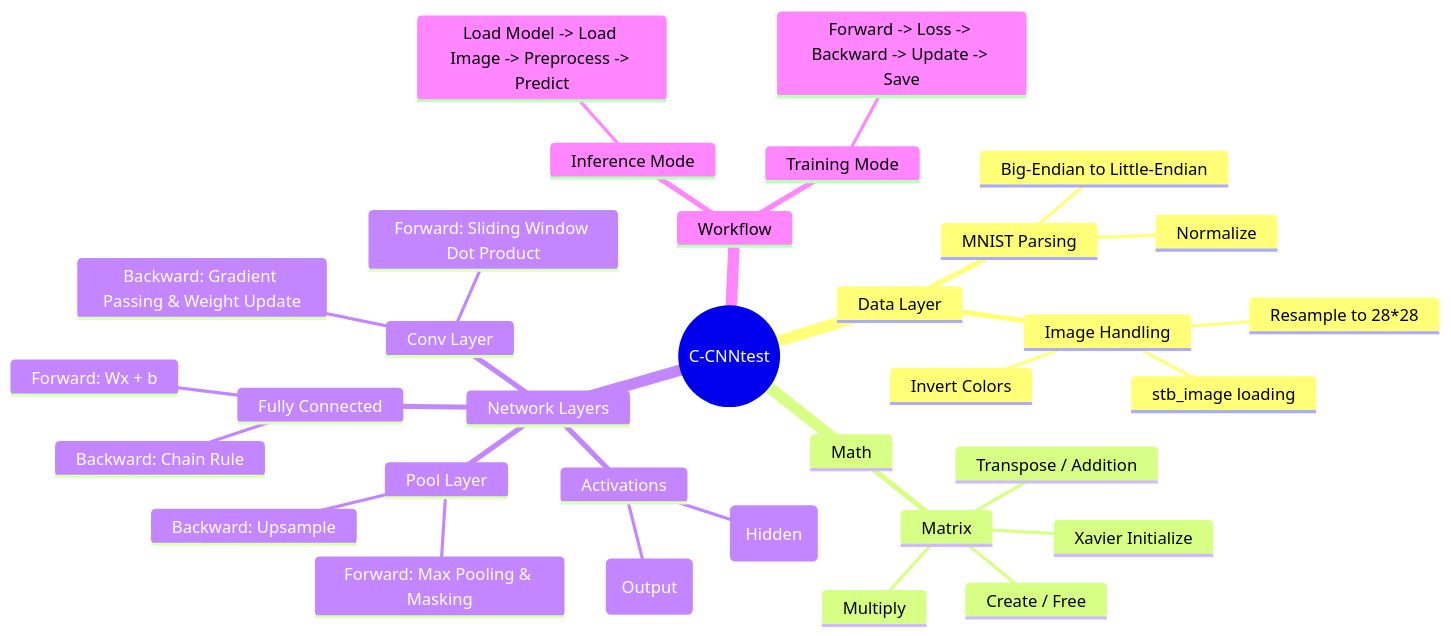
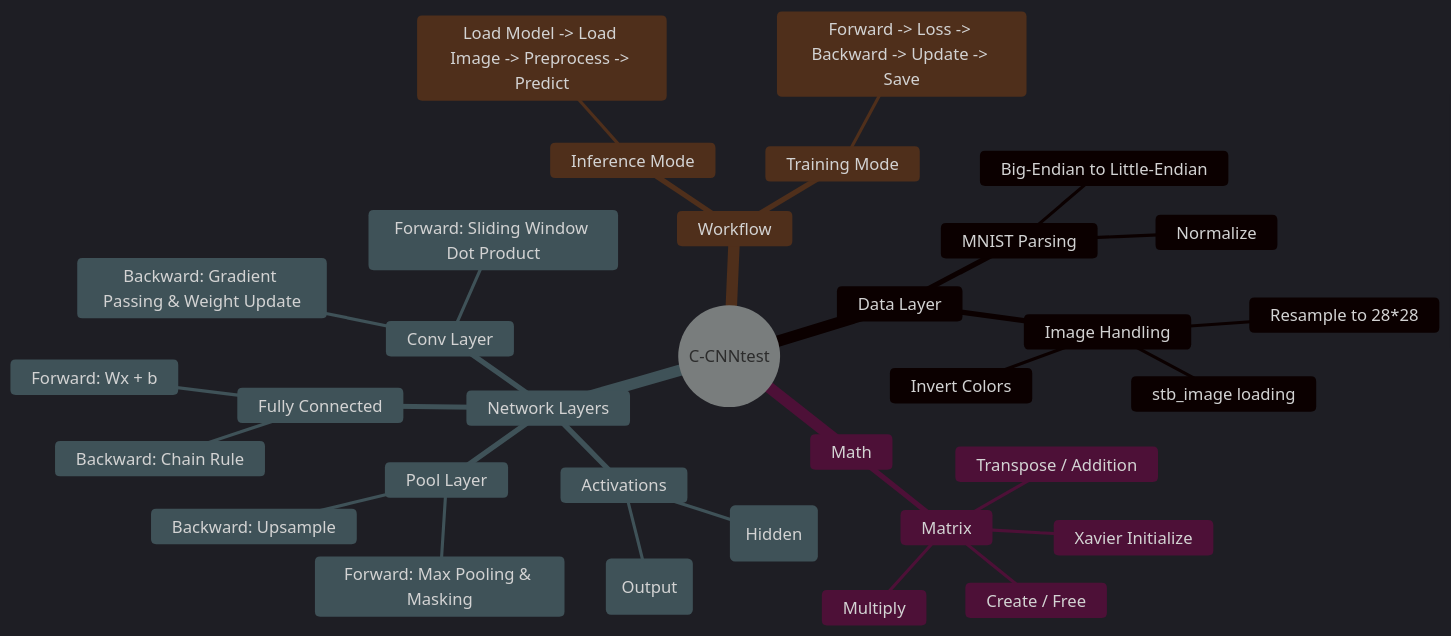
The first of 2 diagrams in README.md (Shizuku-in/C-CNNtest), drawn with Mermaid before and after one commit.

````diff
--- a/README.md
+++ b/README.md
@@ -9,37 +9,37 @@
 ```mermaid
+%%{init: {'theme': 'dark'}}%%
 mindmap
   root((C-CNNtest))
     Data Layer
       MNIST Parsing
         Big-Endian to Little-Endian
         Normalize
       Image Handling
         stb_image loading
         Resample to 28*28
         Invert Colors
     Math
       Matrix
         Create / Free
         Multiply
         Transpose / Addition
         Xavier Initialize
     Network Layers
       Conv Layer
         Forward: Sliding Window Dot Product
         Backward: Gradient Passing & Weight Update
       Pool Layer
         Forward: Max Pooling & Masking
         Backward: Upsample
       Fully Connected
         Forward: Wx + b
         Backward: Chain Rule
       Activations
         ReLU (Hidden)
         Softmax (Output)
     Workflow
       Training Mode
         Forward -> Loss -> Backward -> Update -> Save
       Inference Mode
         Load Model -> Load Image -> Preprocess -> Predict
-
 ```
````
